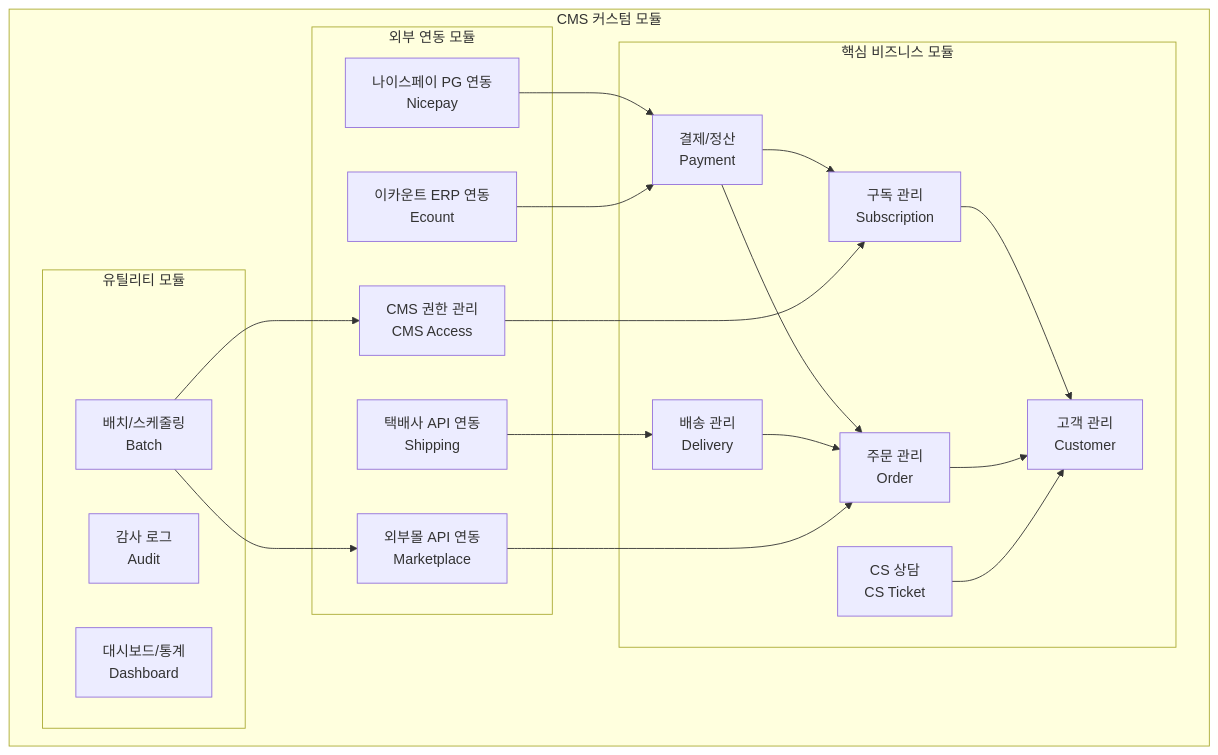
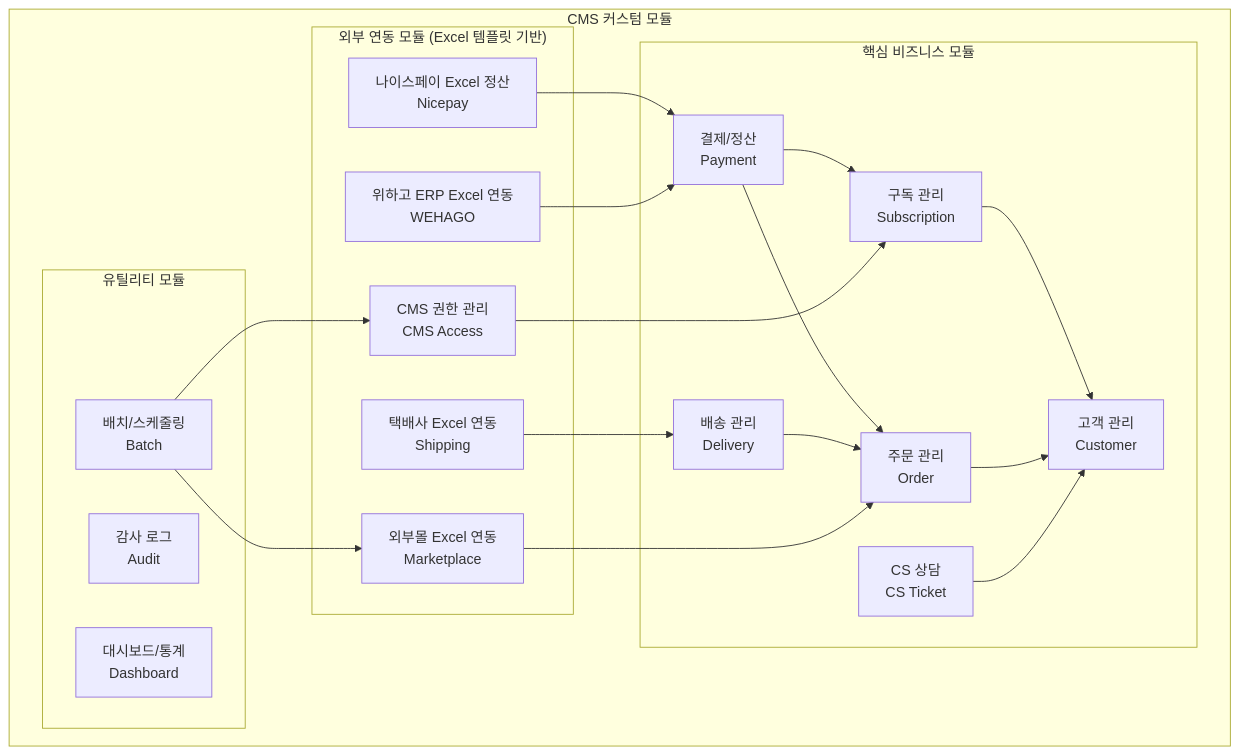
One commit to sknkwoxs/manual-book changed the third of 7 diagrams in src/content/docs/goodthinking-isp/04-design/web-architecture.md. Above: the diagram before and after it, drawn with Mermaid. The commit also changed other lines of this file and 17 other files, not shown here.

First line of the commit message:
docs(goodthinking-isp): Phase 3.5-5 — Mermaid 수정, 외부 API→Excel 템플릿 전환, 개인정보 보호 모듈 강화

````diff
--- a/src/content/docs/goodthinking-isp/04-design/web-architecture.md
+++ b/src/content/docs/goodthinking-isp/04-design/web-architecture.md
@@ -164,41 +164,41 @@
 ```mermaid
 graph TD
     subgraph Backend["CMS 커스텀 모듈"]
         subgraph Core_Modules["핵심 비즈니스 모듈"]
             GT_Customer["고객 관리<br/>Customer"]
             GT_Subscribe["구독 관리<br/>Subscription"]
             GT_Order["주문 관리<br/>Order"]
             GT_Finance["결제/정산<br/>Payment"]
             GT_Delivery["배송 관리<br/>Delivery"]
             GT_CS["CS 상담<br/>CS Ticket"]
         end
         
-        subgraph Integration_Modules["외부 연동 모듈"]
-            GT_Marketplace["외부몰 API 연동<br/>Marketplace"]
-            GT_PG["나이스페이 PG 연동<br/>Nicepay"]
+        subgraph Integration_Modules["외부 연동 모듈 (Excel 템플릿 기반)"]
+            GT_Marketplace["외부몰 Excel 연동<br/>Marketplace"]
+            GT_PG["나이스페이 Excel 정산<br/>Nicepay"]
             GT_CMS["CMS 권한 관리<br/>CMS Access"]
-            GT_ERP["이카운트 ERP 연동<br/>Ecount"]
-            GT_Delivery_API["택배사 API 연동<br/>Shipping"]
+            GT_ERP["위하고 ERP Excel 연동<br/>WEHAGO"]
+            GT_Delivery_API["택배사 Excel 연동<br/>Shipping"]
         end
         
         subgraph Utility_Modules["유틸리티 모듈"]
             GT_Batch["배치/스케줄링<br/>Batch"]
             GT_Audit["감사 로그<br/>Audit"]
             GT_Dashboard["대시보드/통계<br/>Dashboard"]
         end
     end
     
     GT_Subscribe --> GT_Customer
     GT_Order --> GT_Customer
     GT_Finance --> GT_Order
     GT_Finance --> GT_Subscribe
     GT_Delivery --> GT_Order
     GT_CS --> GT_Customer
     GT_Marketplace --> GT_Order
     GT_PG --> GT_Finance
     GT_CMS --> GT_Subscribe
     GT_ERP --> GT_Finance
     GT_Delivery_API --> GT_Delivery
     GT_Batch --> GT_Marketplace
     GT_Batch --> GT_CMS
 ```
````
